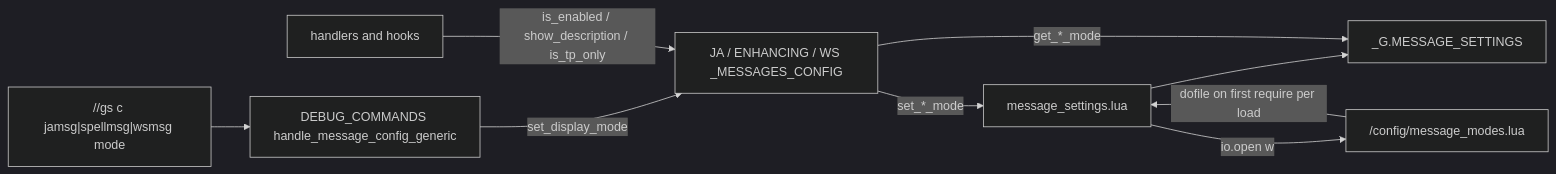
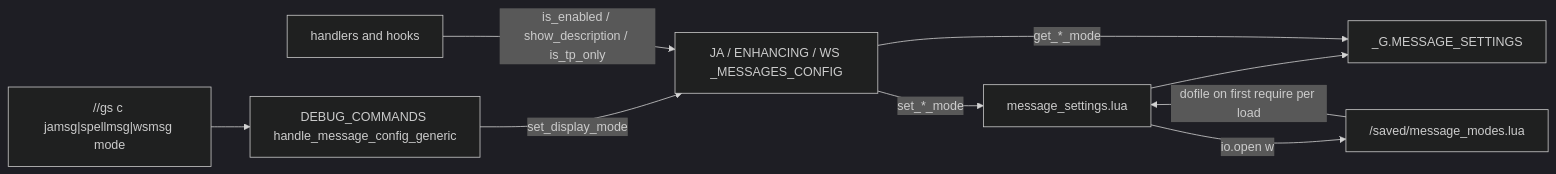
Before and after one commit to ejouanchicot/Gearswap: the third of 3 diagrams in docs/dev/systems/messages.md, drawn with Mermaid (dark theme). The commit also changed other lines of this file and 248 other files, not shown here.

````diff
--- a/docs/dev/systems/messages.md
+++ b/docs/dev/systems/messages.md
@@ -580,11 +580,11 @@
 ```mermaid
 flowchart LR
     CMD["//gs c jamsg|spellmsg|wsmsg mode"] --> DC["DEBUG_COMMANDS handle_message_config_generic"]
     DC -->|"set_display_mode"| CFG["JA / ENHANCING / WS _MESSAGES_CONFIG"]
     CFG -->|"set_*_mode"| MS["message_settings.lua"]
     MS --> G["_G.MESSAGE_SETTINGS"]
-    MS -->|"io.open w"| FILE["<Char>/config/message_modes.lua"]
+    MS -->|"io.open w"| FILE["<Char>/saved/message_modes.lua"]
     FILE -->|"dofile on first require per load"| MS
     HND["handlers and hooks"] -->|"is_enabled / show_description / is_tp_only"| CFG
     CFG -->|"get_*_mode"| G
 ```
````
